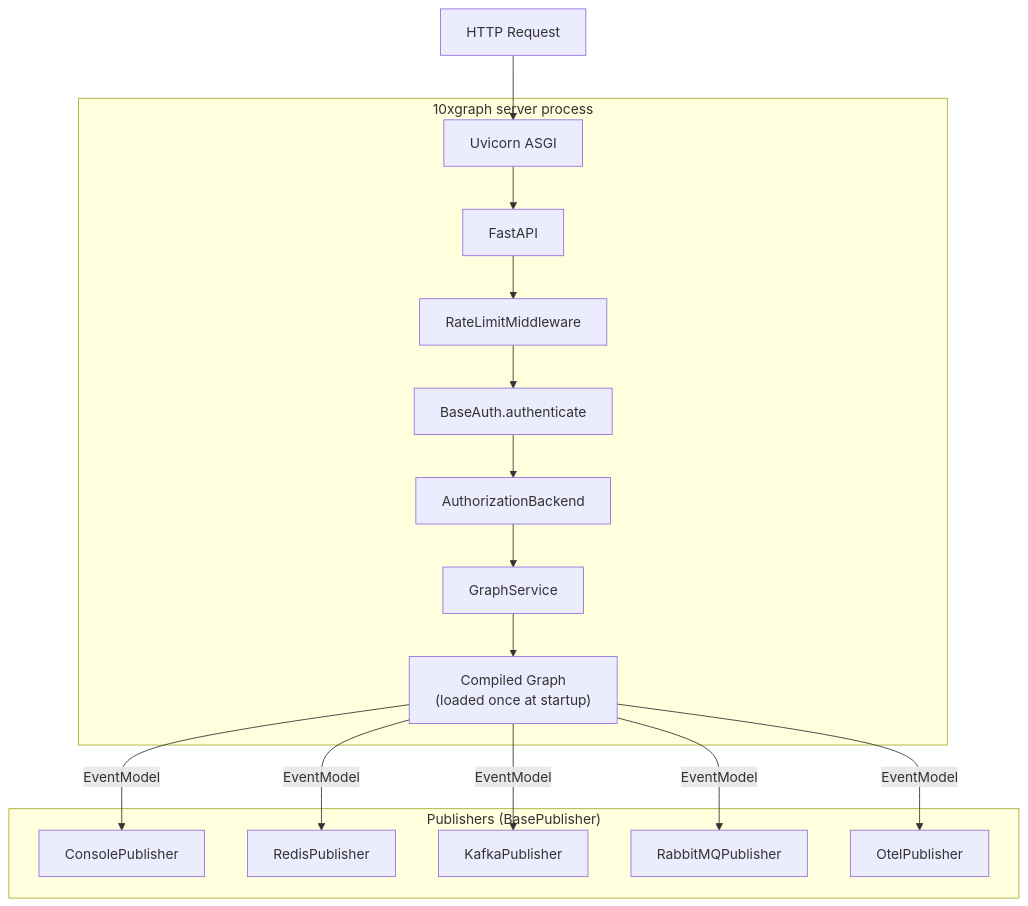
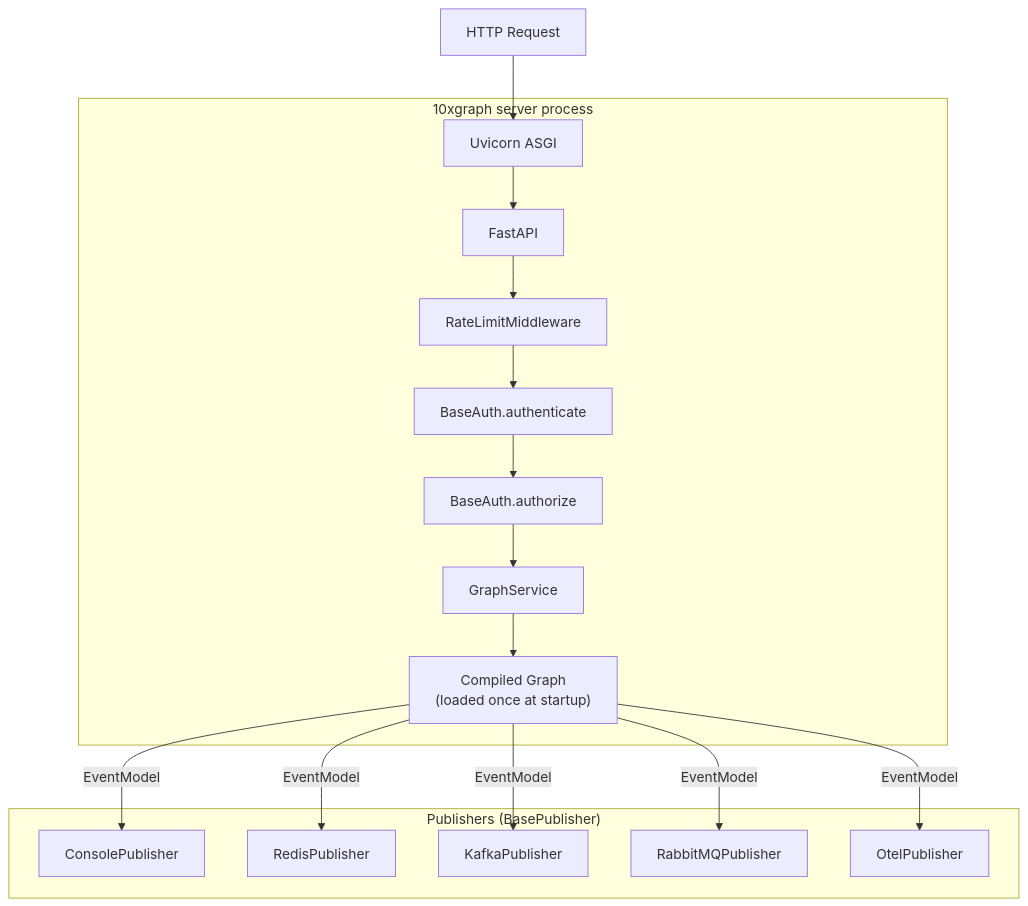
The diagram in src/content/docs/concepts/serving-agents.md (10xGraph/10xgraph-docs), drawn with Mermaid before and after one commit. The commit also changed other lines of this file and 78 other files, not shown here.

````diff
--- a/src/content/docs/concepts/serving-agents.md
+++ b/src/content/docs/concepts/serving-agents.md
@@ -15,21 +15,21 @@
 ```mermaid
 flowchart TB
   subgraph "10xgraph server process"
     UV[Uvicorn ASGI]
     FA[FastAPI]
     RATE[RateLimitMiddleware]
     AUTH[BaseAuth.authenticate]
-    AUTHZ[AuthorizationBackend]
+    AUTHZ[BaseAuth.authorize]
     SVC[GraphService]
     GRAPH["Compiled Graph\n(loaded once at startup)"]
   end
   subgraph "Publishers  (BasePublisher)"
     PUB_C[ConsolePublisher]
     PUB_R[RedisPublisher]
     PUB_K[KafkaPublisher]
     PUB_Q[RabbitMQPublisher]
     PUB_O[OtelPublisher]
   end
   REQ[HTTP Request] --> UV --> FA --> RATE --> AUTH --> AUTHZ --> SVC --> GRAPH
   GRAPH -->|EventModel| PUB_C & PUB_R & PUB_K & PUB_Q & PUB_O
 ```
````
